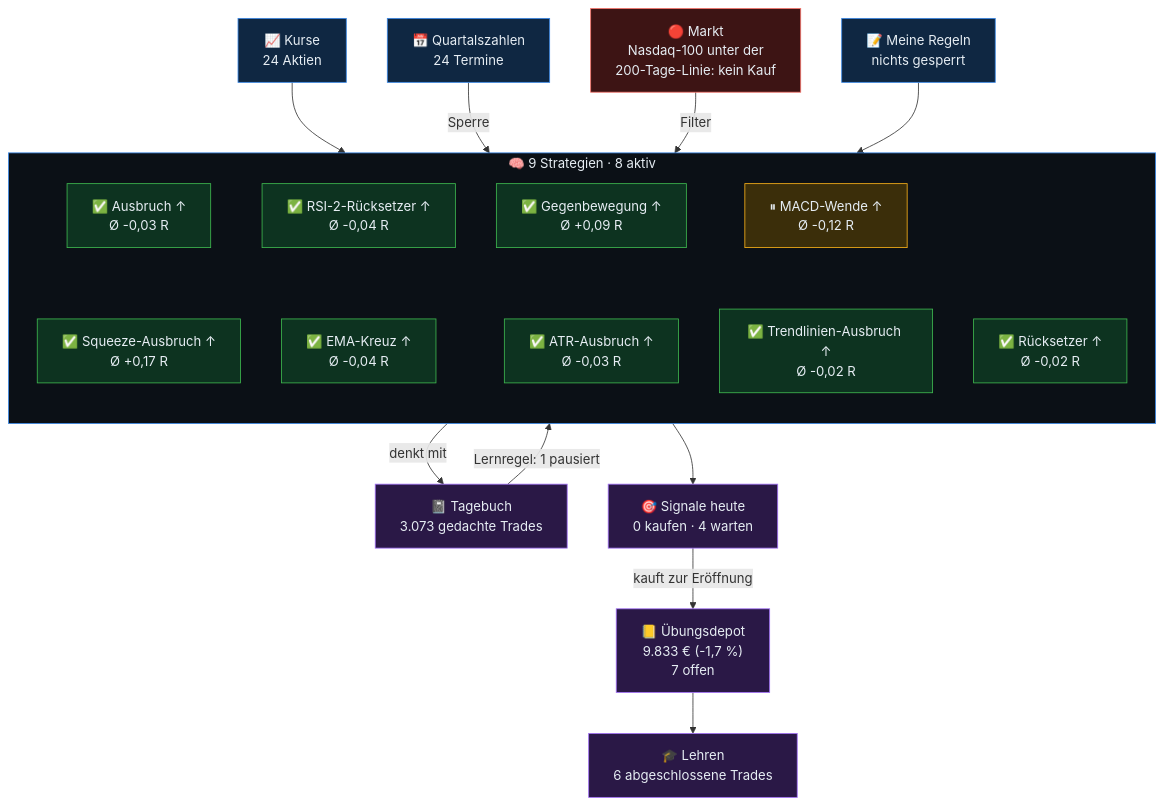
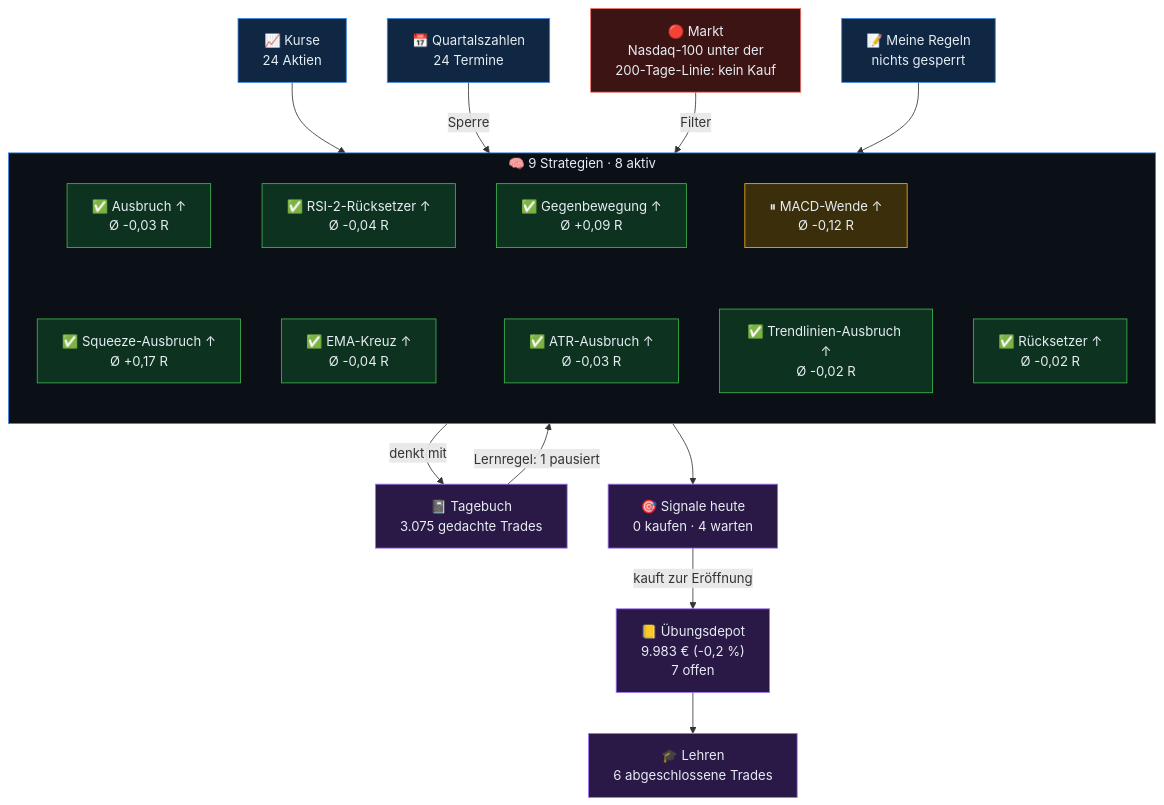
The diagram in gehirn/Start.md (sickingmalte-arch/Test-Bot), drawn with Mermaid before and after one commit. The commit also changed other lines of this file and 33 other files, not shown here.

````diff
--- a/gehirn/Start.md
+++ b/gehirn/Start.md
@@ -9,48 +9,48 @@
 ```mermaid
 flowchart TB
   kurse["📈 Kurse<br/>24 Aktien"]
   termine["📅 Quartalszahlen<br/>24 Termine"]
   markt["🔴 Markt<br/>Nasdaq-100 unter der<br/>200-Tage-Linie: kein Kauf"]
   regeln["📝 Meine Regeln<br/>nichts gesperrt"]
   subgraph KERN["🧠 9 Strategien · 8 aktiv"]
     direction TB
     s0["✅ Ausbruch ↑<br/>Ø -0,03 R"]
     s1["✅ RSI-2-Rücksetzer ↑<br/>Ø -0,04 R"]
     s2["✅ Gegenbewegung ↑<br/>Ø +0,09 R"]
     s3["⏸ MACD-Wende ↑<br/>Ø -0,12 R"]
     s4["✅ Rücksetzer ↑<br/>Ø -0,02 R"]
     s5["✅ Squeeze-Ausbruch ↑<br/>Ø +0,17 R"]
     s6["✅ EMA-Kreuz ↑<br/>Ø -0,04 R"]
     s7["✅ ATR-Ausbruch ↑<br/>Ø -0,03 R"]
     s8["✅ Trendlinien-Ausbruch ↑<br/>Ø -0,02 R"]
     s0 ~~~ s5
     s1 ~~~ s6
     s2 ~~~ s7
     s3 ~~~ s8
   end
-  tb["📓 Tagebuch<br/>3.073 gedachte Trades"]
+  tb["📓 Tagebuch<br/>3.075 gedachte Trades"]
   sig["🎯 Signale heute<br/>0 kaufen · 4 warten"]
-  depot["📒 Übungsdepot<br/>9.833 € (-1,7 %)<br/>7 offen"]
+  depot["📒 Übungsdepot<br/>9.983 € (-0,2 %)<br/>7 offen"]
   lehren["🎓 Lehren<br/>6 abgeschlossene Trades"]
   kurse --> KERN
   termine -->|Sperre| KERN
   markt -->|Filter| KERN
   regeln --> KERN
   KERN -->|denkt mit| tb
   tb -->|Lernregel: 1 pausiert| KERN
   KERN --> sig
   sig -->|kauft zur Eröffnung| depot
   depot --> lehren
   classDef ein fill:#0f2742,stroke:#3987e5,color:#e6edf3
   classDef rot fill:#3d1414,stroke:#f47067,color:#e6edf3
   classDef aktiv fill:#0d3320,stroke:#3fb950,color:#e6edf3
   classDef pausiert fill:#3b2e0a,stroke:#fab219,color:#e6edf3
   classDef aus fill:#22272e,stroke:#6e7681,color:#9ba7b4
   classDef aus2 fill:#2a1846,stroke:#a371f7,color:#e6edf3
   class kurse,termine,regeln ein
   class markt rot
   class tb,sig,depot,lehren aus2
   class s0,s1,s2,s4,s5,s6,s7,s8 aktiv
   class s3 pausiert
   style KERN fill:#0b1016,stroke:#3987e5,color:#e6edf3
 ```
````
